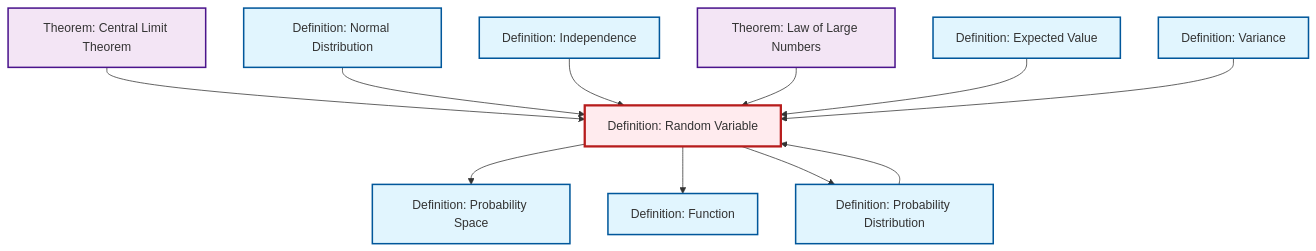
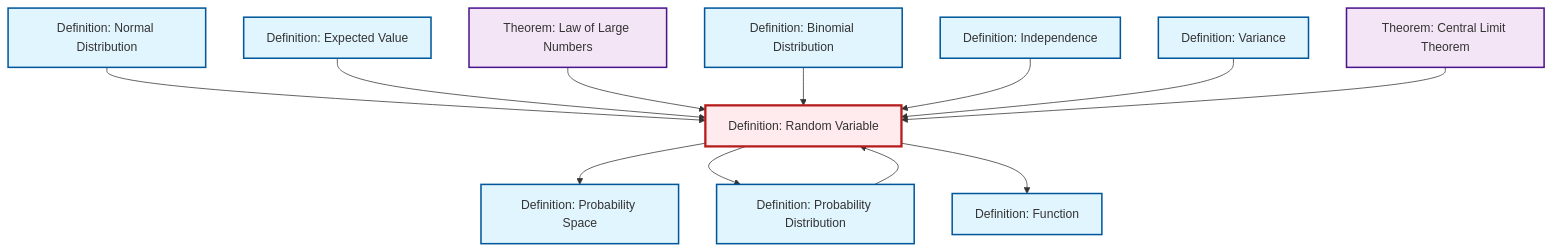
The diagram in content/en/probability-statistics/def-random-variable.qmd (RK0429/ModernMath), drawn with Mermaid before and after one commit. The commit also changed 654 other files, not shown here.

````diff
--- a/content/en/probability-statistics/def-random-variable.qmd
+++ b/content/en/probability-statistics/def-random-variable.qmd
@@ -49,39 +49,42 @@
 ```{mermaid}
 %%| fig-cap: "Local dependency graph"
 graph TD
     classDef definition fill:#e1f5fe,stroke:#01579b,stroke-width:2px
     classDef theorem fill:#f3e5f5,stroke:#4a148c,stroke-width:2px
     classDef axiom fill:#fff3e0,stroke:#e65100,stroke-width:2px
     classDef example fill:#e8f5e9,stroke:#1b5e20,stroke-width:2px
     classDef current fill:#ffebee,stroke:#b71c1c,stroke-width:3px
+    def-binomial-distribution["Definition: Binomial Distribution"]:::definition
+    def-normal-distribution["Definition: Normal Distribution"]:::definition
+    thm-law-of-large-numbers["Theorem: Law of Large Numbers"]:::theorem
+    def-probability-distribution["Definition: Probability Distribution"]:::definition
+    def-variance["Definition: Variance"]:::definition
+    def-expectation["Definition: Expected Value"]:::definition
+    def-random-variable["Definition: Random Variable"]:::definition
+    thm-central-limit["Theorem: Central Limit Theorem"]:::theorem
+    def-function["Definition: Function"]:::definition
     def-independence["Definition: Independence"]:::definition
-    thm-central-limit["Theorem: Central Limit Theorem"]:::theorem
     def-probability-space["Definition: Probability Space"]:::definition
-    def-expectation["Definition: Expected Value"]:::definition
-    def-variance["Definition: Variance"]:::definition
-    def-probability-distribution["Definition: Probability Distribution"]:::definition
-    def-normal-distribution["Definition: Normal Distribution"]:::definition
-    def-function["Definition: Function"]:::definition
-    thm-law-of-large-numbers["Theorem: Law of Large Numbers"]:::theorem
-    def-random-variable["Definition: Random Variable"]:::definition
+    def-normal-distribution --> def-random-variable
     def-random-variable --> def-probability-space
+    def-expectation --> def-random-variable
+    def-probability-distribution --> def-random-variable
+    thm-law-of-large-numbers --> def-random-variable
+    def-random-variable --> def-probability-distribution
+    def-binomial-distribution --> def-random-variable
+    def-random-variable --> def-function
+    def-independence --> def-random-variable
+    def-variance --> def-random-variable
     thm-central-limit --> def-random-variable
-    def-normal-distribution --> def-random-variable
-    def-independence --> def-random-variable
-    thm-law-of-large-numbers --> def-random-variable
-    def-expectation --> def-random-variable
-    def-variance --> def-random-variable
-    def-probability-distribution --> def-random-variable
-    def-random-variable --> def-function
-    def-random-variable --> def-probability-distribution
     class def-random-variable current
+    click def-binomial-distribution "def-binomial-distribution.html" "Go to Binomial Distribution definition"
+    click def-normal-distribution "def-normal-distribution.html" "Go to Normal Distribution definition"
+    click thm-law-of-large-numbers "thm-law-of-large-numbers.html" "Go to Law of Large Numbers theorem"
+    click def-probability-distribution "def-probability-distribution.html" "Go to Probability Distribution definition"
+    click def-variance "def-variance.html" "Go to Variance definition"
+    click def-expectation "def-expectation.html" "Go to Expected Value definition"
+    click thm-central-limit "thm-central-limit.html" "Go to Central Limit Theorem theorem"
+    click def-function "def-function.html" "Go to Function definition"
     click def-independence "def-independence.html" "Go to Independence definition"
-    click thm-central-limit "thm-central-limit.html" "Go to Central Limit Theorem theorem"
     click def-probability-space "def-probability-space.html" "Go to Probability Space definition"
-    click def-expectation "def-expectation.html" "Go to Expected Value definition"
-    click def-variance "def-variance.html" "Go to Variance definition"
-    click def-probability-distribution "def-probability-distribution.html" "Go to Probability Distribution definition"
-    click def-normal-distribution "def-normal-distribution.html" "Go to Normal Distribution definition"
-    click def-function "def-function.html" "Go to Function definition"
-    click thm-law-of-large-numbers "thm-law-of-large-numbers.html" "Go to Law of Large Numbers theorem"
 ```
````
